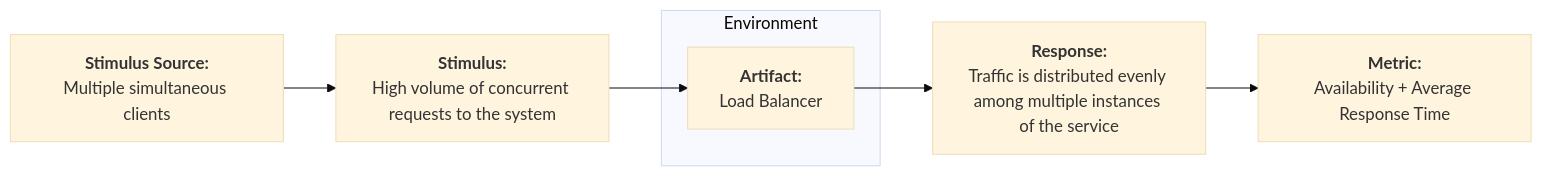
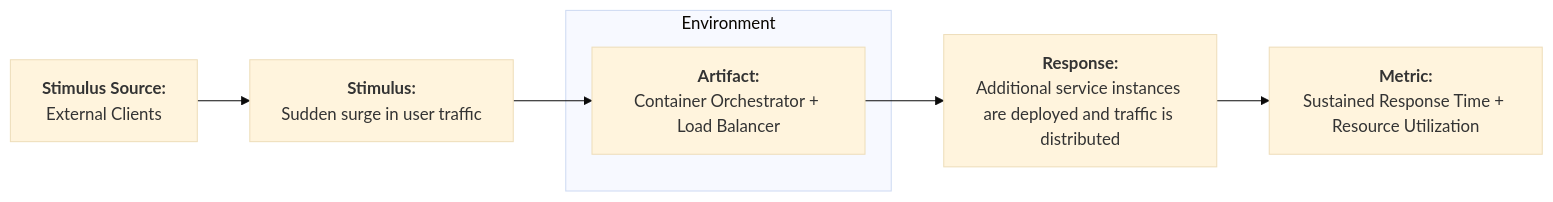
Before and after one commit to juanalytics/tussi: the tenth of 12 diagrams in README.md, drawn with Mermaid (base theme). The commit also changed other lines of this file, not shown here.

````diff
--- a/README.md
+++ b/README.md
@@ -628,14 +658,14 @@
 ```mermaid
 graph LR
-    A["<b>Stimulus Source:</b><br/>Multiple simultaneous clients"] --> B["<b>Stimulus:</b><br/>High volume of concurrent requests to the system"]
+    A["<b>Stimulus Source:</b><br/>External Clients"] --> B["<b>Stimulus:</b><br/>Sudden surge in user traffic"]
     
     B --> C_sub
     
     subgraph Environment
-        C_sub["<b>Artifact:</b><br/>Load Balancer"]
+        C_sub["<b>Artifact:</b><br/>Container Orchestrator + Load Balancer"]
     end
     
-    C_sub --> D["<b>Response:</b><br/>Traffic is distributed evenly among multiple instances of the service"]
+    C_sub --> D["<b>Response:</b><br/>Additional service instances are deployed and traffic is distributed"]
     
-    D --> E["<b>Metric:</b><br/>Availability + Average Response Time"]
+    D --> E["<b>Metric:</b><br/>Sustained Response Time + Resource Utilization"]
 ```
````
